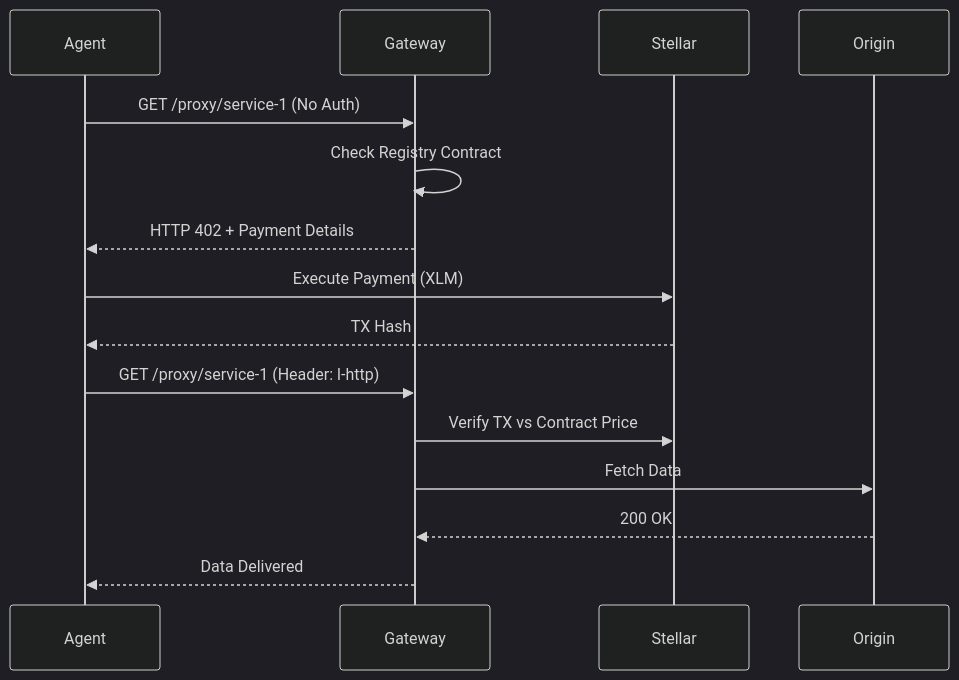
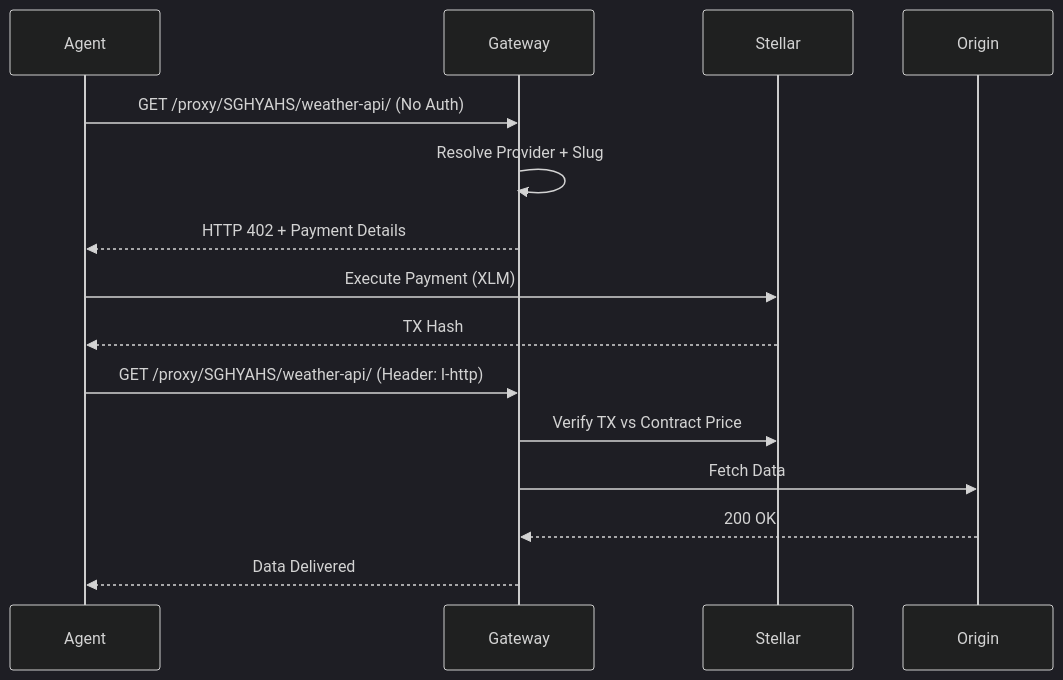
The diagram in README.md (velikanghost/heekowave), drawn with Mermaid (dark theme) before and after one commit. The commit also changed other lines of this file and 2 other files, not shown here.

````diff
--- a/README.md
+++ b/README.md
@@ -61,13 +64,13 @@
 ```mermaid
 sequenceDiagram
-    Agent->>Gateway: GET /proxy/service-1 (No Auth)
-    Gateway->>Gateway: Check Registry Contract
+    Agent->>Gateway: GET /proxy/SGHYAHS/weather-api/ (No Auth)
+    Gateway->>Gateway: Resolve Provider + Slug
     Gateway-->>Agent: HTTP 402 + Payment Details
     Agent->>Stellar: Execute Payment (XLM)
     Stellar-->>Agent: TX Hash
-    Agent->>Gateway: GET /proxy/service-1 (Header: l-http)
+    Agent->>Gateway: GET /proxy/SGHYAHS/weather-api/ (Header: l-http)
     Gateway->>Stellar: Verify TX vs Contract Price
     Gateway->>Origin: Fetch Data
     Origin-->>Gateway: 200 OK
     Gateway-->>Agent: Data Delivered
 ```
````
